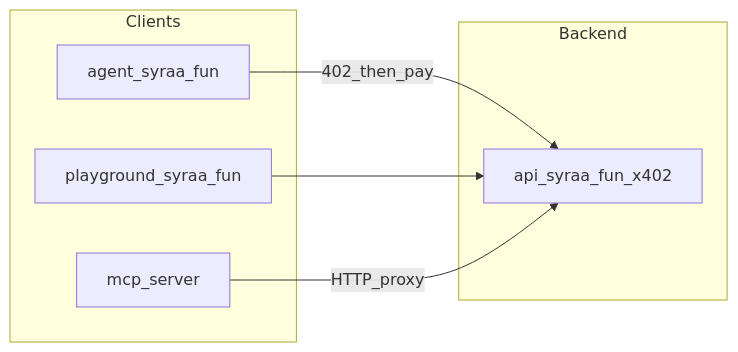
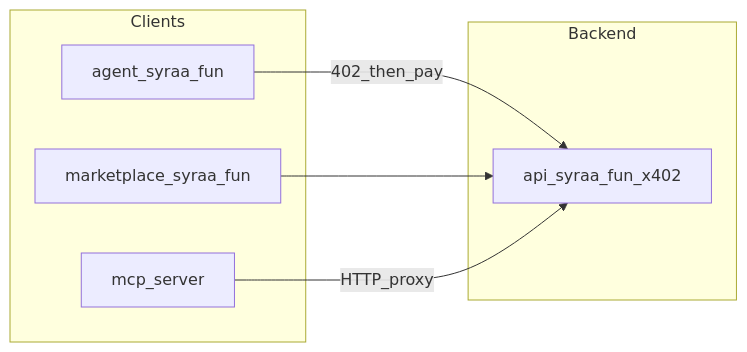
The diagram in README.md (ikhwanhsn/syra_agent), drawn with Mermaid before and after one commit. The commit also changed other lines of this file and 237 other files, not shown here.

````diff
--- a/README.md
+++ b/README.md
@@ -133,14 +144,14 @@
 ```mermaid
 flowchart LR
   subgraph clients [Clients]
     AgentWeb[agent_syraa_fun]
-    Playground[playground_syraa_fun]
+    Marketplace[marketplace_syraa_fun]
     MCP[mcp_server]
   end
   subgraph backend [Backend]
     SyraAPI[api_syraa_fun_x402]
   end
   AgentWeb -->|"402_then_pay"| SyraAPI
-  Playground --> SyraAPI
+  Marketplace --> SyraAPI
   MCP -->|"HTTP_proxy"| SyraAPI
 ```
````
